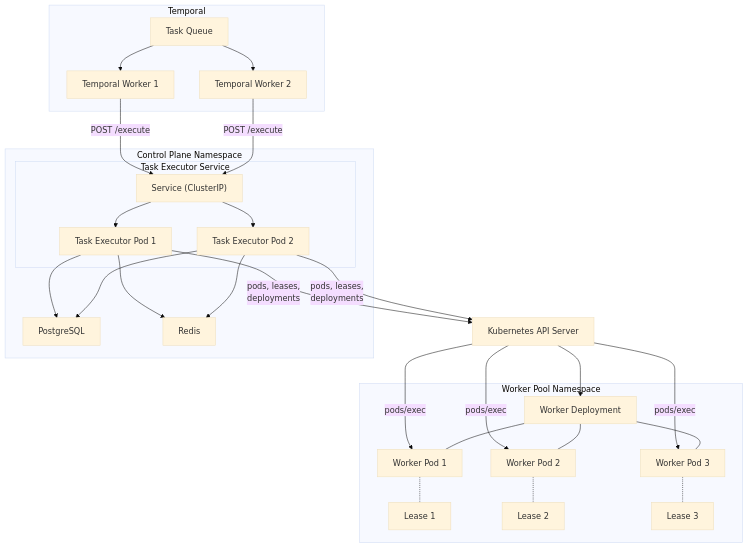
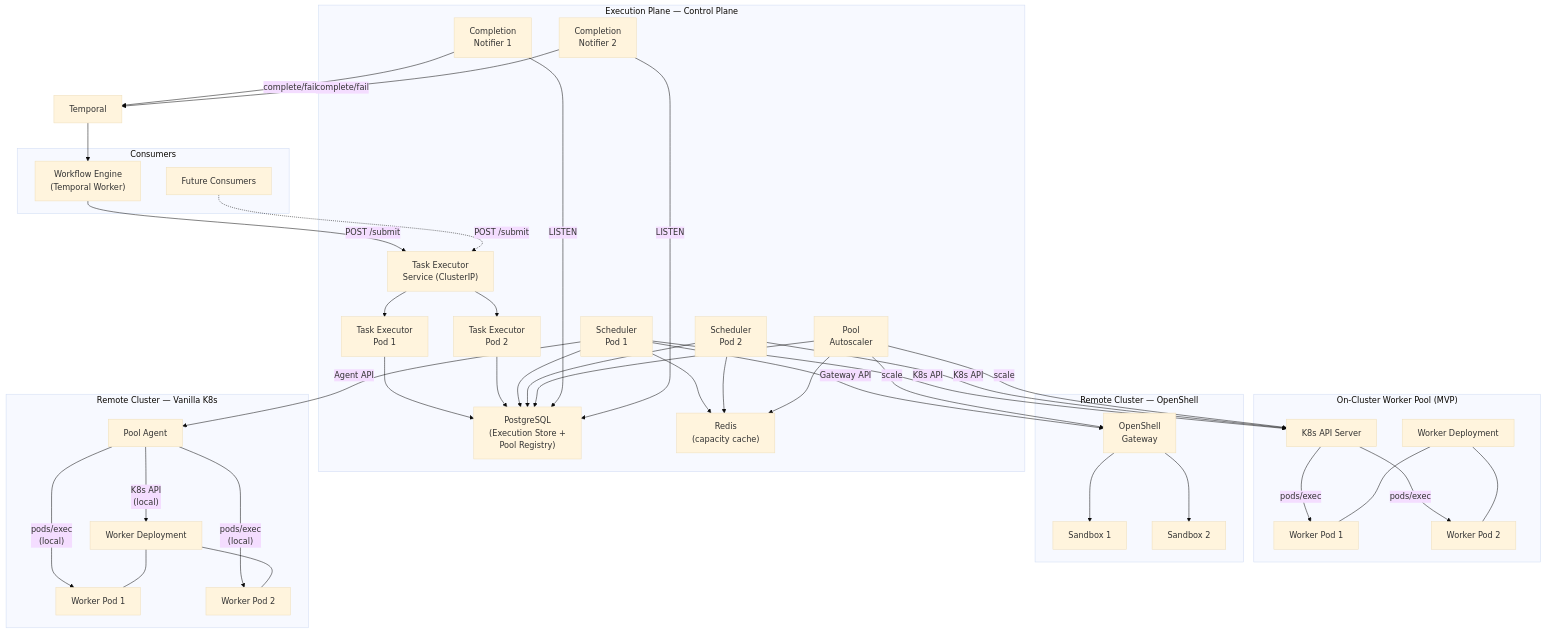
One commit to manstis/syntara changed the fourth of 4 diagrams in backend/docs/execution-plane-topology.md. Above: the diagram before and after it, drawn with Mermaid (base theme). The commit also changed other lines of this file, not shown here.

````diff
--- a/backend/docs/execution-plane-topology.md
+++ b/backend/docs/execution-plane-topology.md
@@ -180,53 +371,87 @@
 ```mermaid
 graph TB
-    subgraph TEMPORAL["Temporal"]
-        TQ["Task Queue"]
-        TW1["Temporal Worker 1"]
-        TW2["Temporal Worker 2"]
+    subgraph CONSUMERS["Consumers"]
+        WE["Workflow Engine<br/>(Temporal Worker)"]
+        FUTURE["Future Consumers"]
     end
 
-    subgraph CONTROL["Control Plane Namespace"]
-        subgraph TE_SVC["Task Executor Service"]
-            S["Service (ClusterIP)"]
-            TE1["Task Executor Pod 1"]
-            TE2["Task Executor Pod 2"]
-        end
-        DB["PostgreSQL"]
-        RD["Redis"]
+    subgraph CONTROL["Execution Plane — Control Plane"]
+        TE_S["Task Executor<br/>Service (ClusterIP)"]
+        TE1["Task Executor<br/>Pod 1"]
+        TE2["Task Executor<br/>Pod 2"]
+
+        S1["Scheduler<br/>Pod 1"]
+        S2["Scheduler<br/>Pod 2"]
+
+        CN1["Completion<br/>Notifier 1"]
+        CN2["Completion<br/>Notifier 2"]
+
+        PA["Pool<br/>Autoscaler"]
+
+        DB["PostgreSQL<br/>(Execution Store +<br/>Pool Registry)"]
+        RD["Redis<br/>(capacity cache)"]
     end
 
-    subgraph WP_NS["Worker Pool Namespace"]
-        WD["Worker Deployment"]
+    subgraph LOCAL_CLUSTER["On-Cluster Worker Pool (MVP)"]
+        K8S["K8s API Server"]
+        WD1["Worker Deployment"]
         W1["Worker Pod 1"]
         W2["Worker Pod 2"]
-        W3["Worker Pod 3"]
-        L1["Lease 1"]
-        L2["Lease 2"]
-        L3["Lease 3"]
     end
 
-    K8S["Kubernetes API Server"]
+    subgraph REMOTE_OS["Remote Cluster — OpenShell"]
+        GW["OpenShell<br/>Gateway"]
+        SB1["Sandbox 1"]
+        SB2["Sandbox 2"]
+    end
 
-    TQ --> TW1
-    TQ --> TW2
-    TW1 -->|"POST /execute"| S
-    TW2 -->|"POST /execute"| S
-    S --> TE1
-    S --> TE2
+    subgraph REMOTE_K8S["Remote Cluster — Vanilla K8s"]
+        AGENT["Pool Agent"]
+        WD2["Worker Deployment"]
+        W3["Worker Pod 1"]
+        W4["Worker Pod 2"]
+    end
+
+    T["Temporal"]
+
+    WE -->|"POST /submit"| TE_S
+    FUTURE -.->|"POST /submit"| TE_S
+    TE_S --> TE1
+    TE_S --> TE2
     TE1 --> DB
     TE2 --> DB
-    TE1 --> RD
-    TE2 --> RD
-    TE1 -->|"pods, leases,<br/>deployments"| K8S
-    TE2 -->|"pods, leases,<br/>deployments"| K8S
-    K8S --> WD
+
+    S1 --> DB
+    S2 --> DB
+    S1 --> RD
+    S2 --> RD
+
+    S1 -->|"K8s API"| K8S
+    S2 -->|"K8s API"| K8S
     K8S -->|"pods/exec"| W1
     K8S -->|"pods/exec"| W2
-    K8S -->|"pods/exec"| W3
-    WD --- W1
-    WD --- W2
-    WD --- W3
-    W1 -.- L1
-    W2 -.- L2
-    W3 -.- L3
+    WD1 --- W1
+    WD1 --- W2
+
+    S1 -->|"Gateway API"| GW
+    GW --> SB1
+    GW --> SB2
+
+    S1 -->|"Agent API"| AGENT
+    AGENT -->|"K8s API<br/>(local)"| WD2
+    AGENT -->|"pods/exec<br/>(local)"| W3
+    AGENT -->|"pods/exec<br/>(local)"| W4
+    WD2 --- W3
+    WD2 --- W4
+
+    PA --> DB
+    PA --> RD
+    PA -->|"scale"| K8S
+    PA -->|"scale"| GW
+
+    CN1 -->|"LISTEN"| DB
+    CN2 -->|"LISTEN"| DB
+    CN1 -->|"complete/fail"| T
+    CN2 -->|"complete/fail"| T
+    T --> WE
 ```
````
